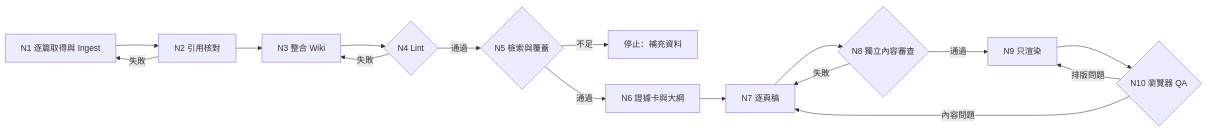
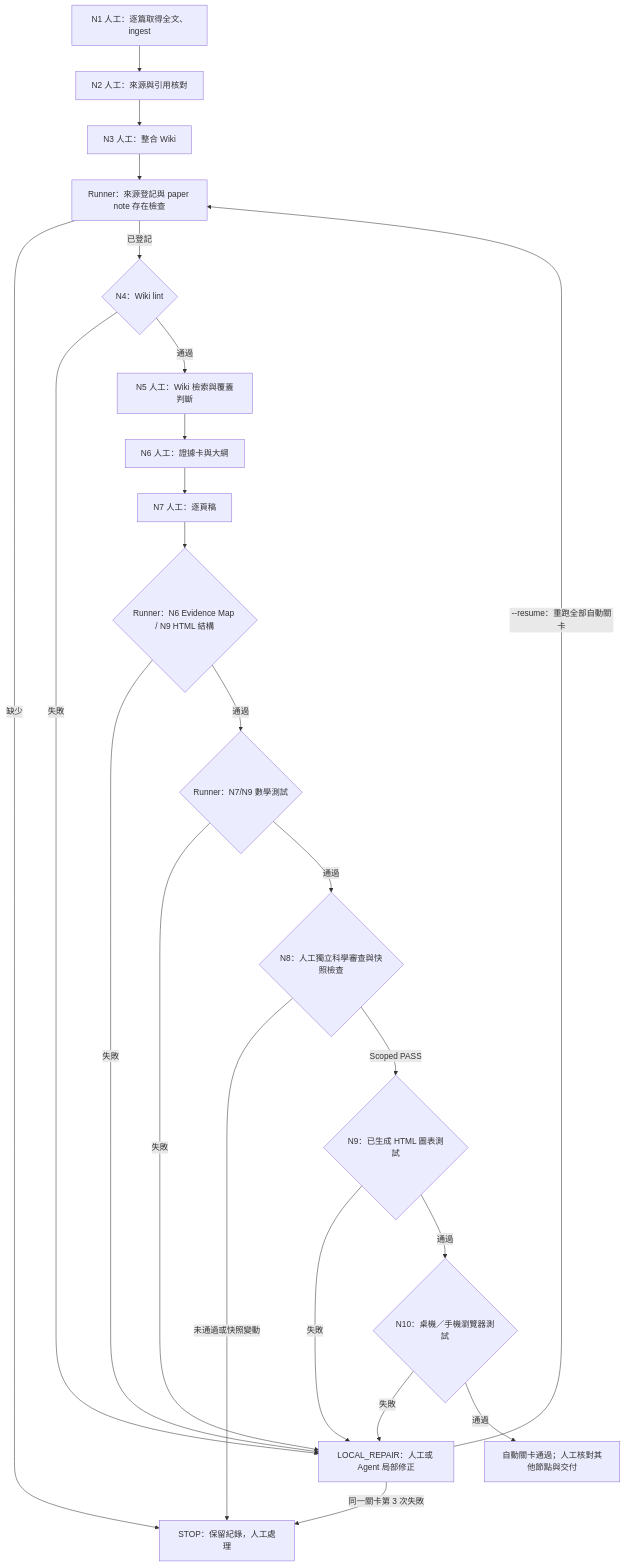
The diagram in workflow/graph.md (Ava0309/eeg-ei-wiki), drawn with Mermaid before and after one commit. The commit also changed other lines of this file and 107 other files, not shown here.

````diff
--- a/workflow/graph.md
+++ b/workflow/graph.md
@@ -3,13 +5,23 @@
 ```mermaid
-flowchart LR
- N1["N1 逐篇取得與 Ingest"] --> N2["N2 引用核對"] --> N3["N3 整合 Wiki"] --> N4{"N4 Lint"}
- N2 -- 失敗 --> N1
- N4 -- 失敗 --> N3
- N4 -- 通過 --> N5{"N5 檢索與覆蓋"}
- N5 -- 不足 --> STOP["停止：補充資料"]
- N5 -- 通過 --> N6["N6 證據卡與大綱"] --> N7["N7 逐頁稿"] --> N8{"N8 獨立內容審查"}
- N8 -- 失敗 --> N7
- N8 -- 通過 --> N9["N9 只渲染"] --> N10{"N10 瀏覽器 QA"}
- N10 -- 排版問題 --> N9
- N10 -- 內容問題 --> N7
+flowchart TD
+ N1["N1 人工：逐篇取得全文、ingest"] --> N2["N2 人工：來源與引用核對"] --> N3["N3 人工：整合 Wiki"]
+ N3 --> P["Runner：來源登記與 paper note 存在檢查"]
+ P -- 缺少 --> STOP["STOP：保留紀錄，人工處理"]
+ P -- 已登記 --> N4{"N4：Wiki lint"}
+ N4 -- 失敗 --> FIX["LOCAL_REPAIR：人工或 Agent 局部修正"]
+ N4 -- 通過 --> N5["N5 人工：Wiki 檢索與覆蓋判斷"]
+ N5 --> N6["N6 人工：證據卡與大綱"] --> N7["N7 人工：逐頁稿"]
+ N7 --> STRUCT{"Runner：N6 Evidence Map / N9 HTML 結構"}
+ STRUCT -- 失敗 --> FIX
+ STRUCT -- 通過 --> MATH{"Runner：N7/N9 數學測試"}
+ MATH -- 失敗 --> FIX
+ MATH -- 通過 --> N8{"N8：人工獨立科學審查與快照檢查"}
+ N8 -- 未通過或快照變動 --> STOP
+ N8 -- Scoped PASS --> N9{"N9：已生成 HTML 圖表測試"}
+ N9 -- 失敗 --> FIX
+ N9 -- 通過 --> N10{"N10：桌機／手機瀏覽器測試"}
+ N10 -- 失敗 --> FIX
+ N10 -- 通過 --> DONE["自動關卡通過；人工核對其他節點與交付"]
+ FIX -- "--resume：重跑全部自動關卡" --> P
+ FIX -- "同一關卡第 3 次失敗" --> STOP
 ```
````
